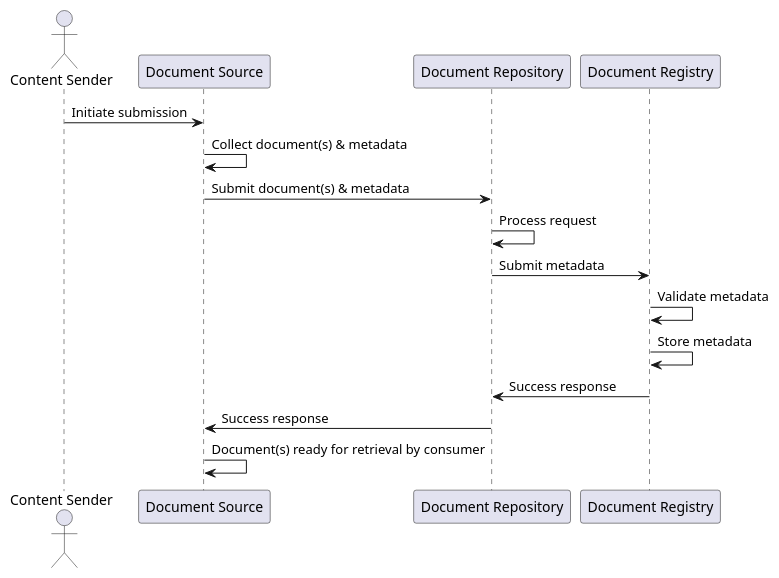
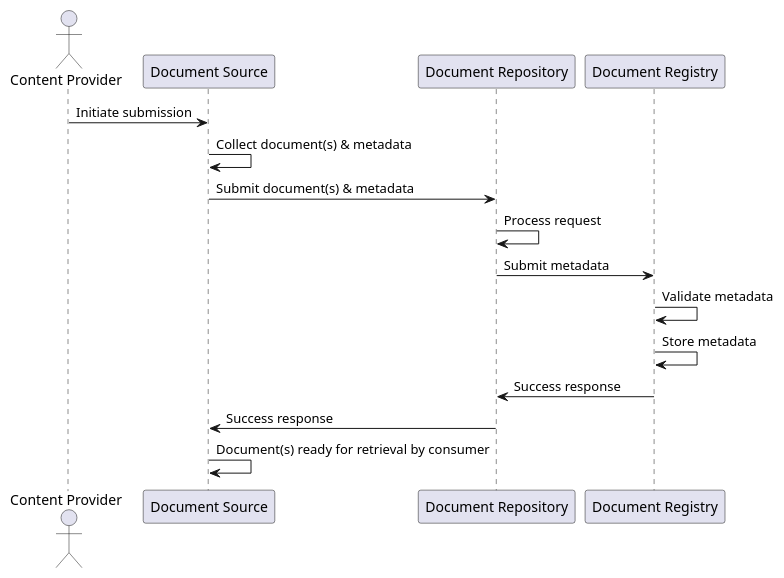
One commit to medcomdk/dk-medcom-document changed the diagram in puml/sequence-s1.puml. Above: the diagram before and after it, drawn with PlantUML. The commit also changed 6 other files, not shown here.

Commit message:
Updated sequence diagrams

```diff
--- a/puml/sequence-s1.puml
+++ b/puml/sequence-s1.puml
@@ -1,17 +1,17 @@
 @startuml
-actor "Content Sender" as CS
+actor "Content Provider" as CS
 participant "Document Source" as DS
 participant "Document Repository" as DR
 participant "Document Registry" as DReg
 
 CS -> DS: Initiate submission
 DS -> DS: Collect document(s) & metadata
 DS -> DR: Submit document(s) & metadata
 DR -> DR: Process request
 DR -> DReg: Submit metadata
 DReg -> DReg: Validate metadata
 DReg -> DReg: Store metadata
 DReg -> DR: Success response
 DR -> DS: Success response
 DS -> DS: Document(s) ready for retrieval by consumer
 @enduml
```
